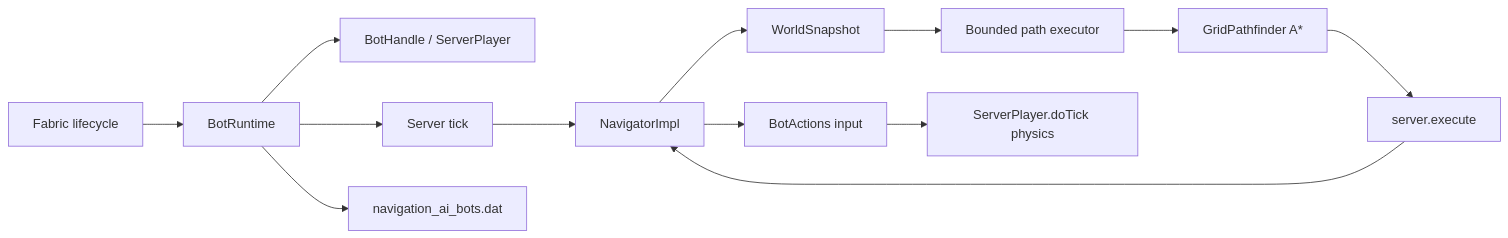
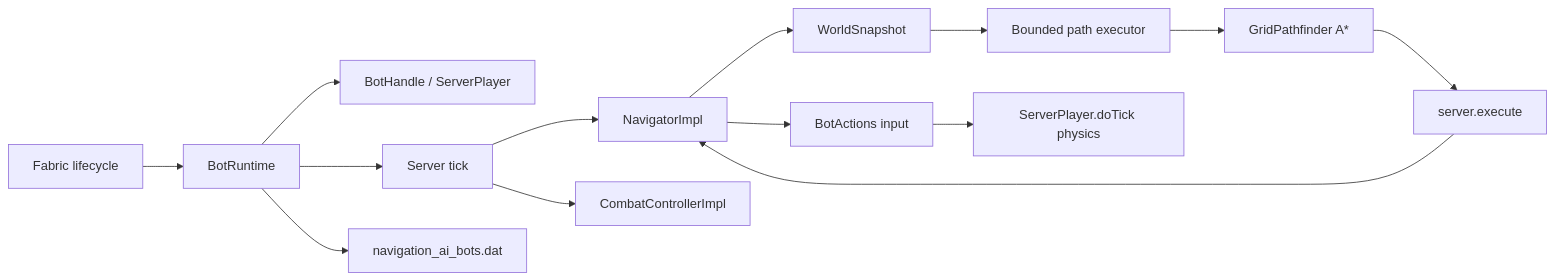
One commit to Arthur32132/navigation-ai changed the diagram in docs/ARCHITECTURE.md. Above: the diagram before and after it, drawn with Mermaid. The commit also changed other lines of this file and 12 other files, not shown here.

Commit message:
feat: add bot combat controller

````diff
--- a/docs/ARCHITECTURE.md
+++ b/docs/ARCHITECTURE.md
@@ -5,15 +5,16 @@
 ```mermaid
 flowchart LR
     L[Fabric lifecycle] --> R[BotRuntime]
     R --> H[BotHandle / ServerPlayer]
     R --> T[Server tick]
     T --> N[NavigatorImpl]
+    T --> C[CombatControllerImpl]
     N --> S[WorldSnapshot]
     S --> E[Bounded path executor]
     E --> A[GridPathfinder A*]
     A --> X[server.execute]
     X --> N
     N --> I[BotActions input]
     I --> P[ServerPlayer.doTick physics]
     R --> D[navigation_ai_bots.dat]
 ```
````
